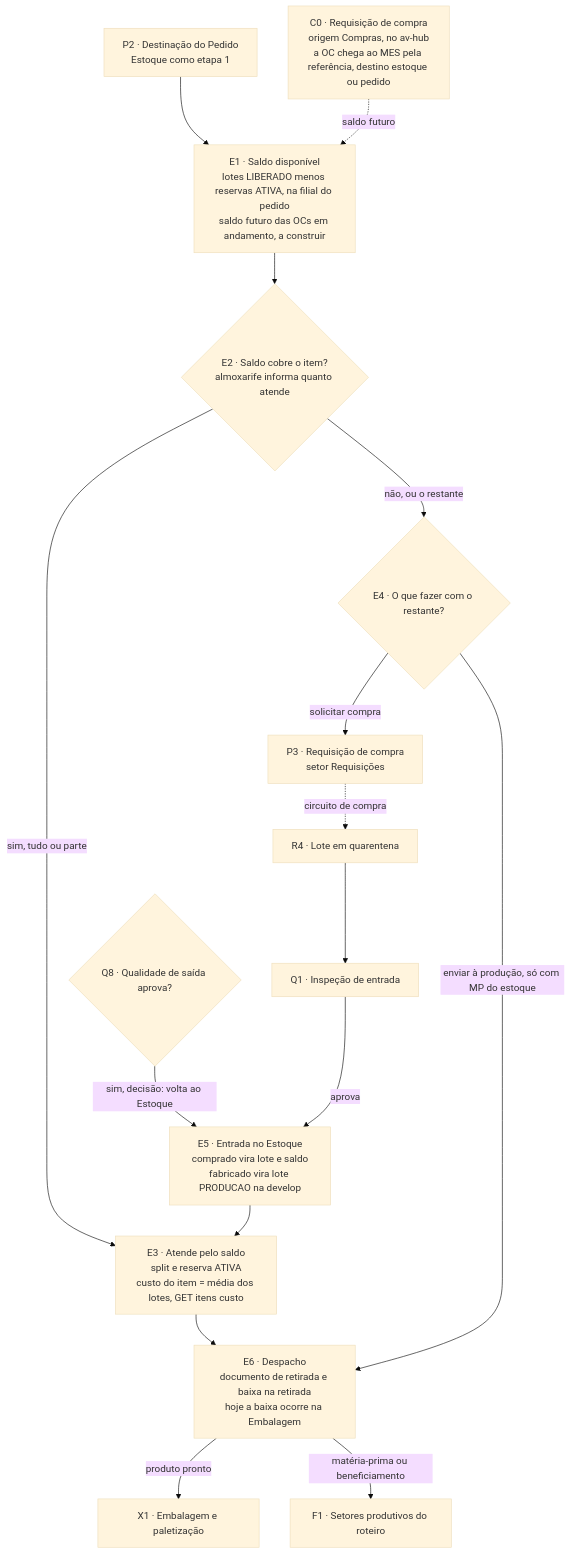
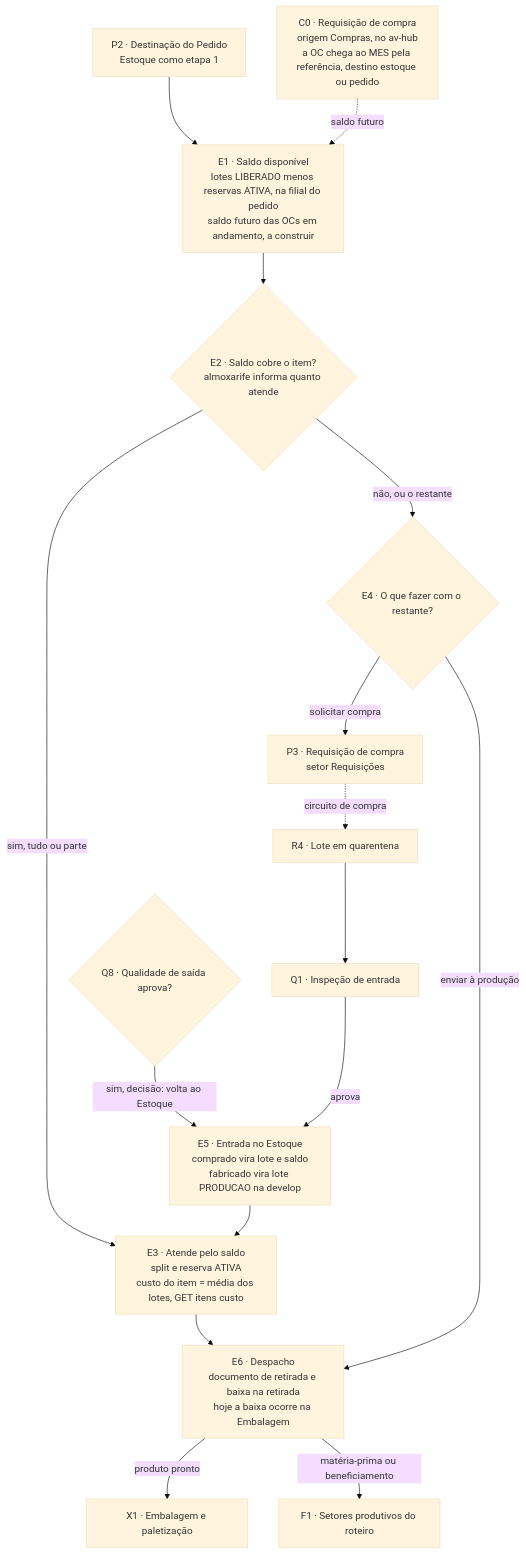
One commit to pablo-cruzbr/vault-avhub-mer changed the diagram in 02-Fluxo-de-Atividades/05-Estoque-Atendimento.md. Above: the diagram before and after it, drawn with Mermaid (base theme). The commit also changed other lines of this file, not shown here.

Commit message:
docs(05-Estoque-Atendimento): a regra do vault prevalece; divergência da develop registrada (PS-052, PS-053, OQ-49)

````diff
--- a/02-Fluxo-de-Atividades/05-Estoque-Atendimento.md
+++ b/02-Fluxo-de-Atividades/05-Estoque-Atendimento.md
@@ -236,18 +236,18 @@
 ```mermaid
 flowchart TD
     P2["P2 · Destinação do Pedido<br/>Estoque como etapa 1"] --> E1["E1 · Saldo disponível<br/>lotes LIBERADO menos reservas ATIVA, na filial do pedido<br/>saldo futuro das OCs em andamento, a construir"]
     C0["C0 · Requisição de compra<br/>origem Compras, no av-hub<br/>a OC chega ao MES pela referência, destino estoque ou pedido"] -.->|"saldo futuro"| E1
     E1 --> E2{"E2 · Saldo cobre o item?<br/>almoxarife informa quanto atende"}
     E2 -->|"sim, tudo ou parte"| E3["E3 · Atende pelo saldo<br/>split e reserva ATIVA<br/>custo do item = média dos lotes, GET itens custo"]
     E2 -->|"não, ou o restante"| E4{"E4 · O que fazer com o restante?"}
     E4 -->|"solicitar compra"| P3["P3 · Requisição de compra<br/>setor Requisições"]
-    E4 -->|"enviar à produção, só com MP do estoque"| E6
+    E4 -->|"enviar à produção"| E6
     P3 -.->|"circuito de compra"| R4["R4 · Lote em quarentena"]
     R4 --> Q1["Q1 · Inspeção de entrada"]
     Q1 -->|"aprova"| E5["E5 · Entrada no Estoque<br/>comprado vira lote e saldo<br/>fabricado vira lote PRODUCAO na develop"]
     Q8{"Q8 · Qualidade de saída aprova?"} -->|"sim, decisão: volta ao Estoque"| E5
     E5 --> E3
     E3 --> E6["E6 · Despacho<br/>documento de retirada e baixa na retirada<br/>hoje a baixa ocorre na Embalagem"]
     E6 -->|"produto pronto"| X1["X1 · Embalagem e paletização"]
     E6 -->|"matéria-prima ou beneficiamento"| F1["F1 · Setores produtivos do roteiro"]
 ```
````
